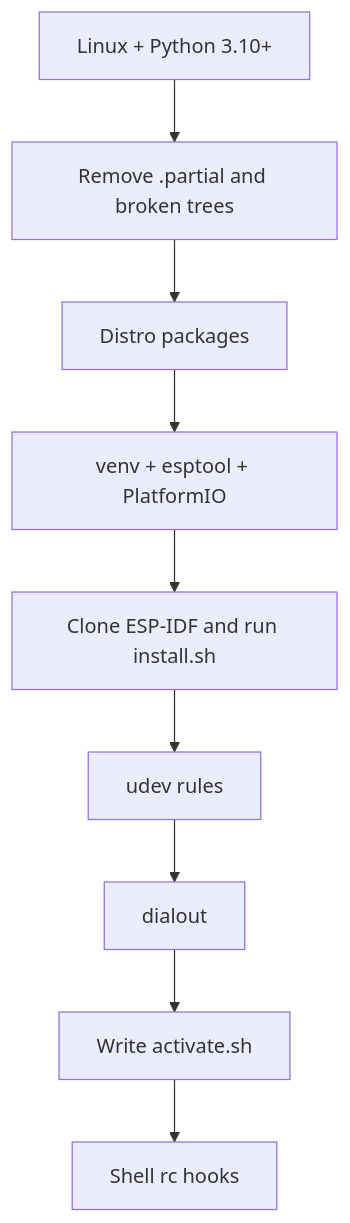
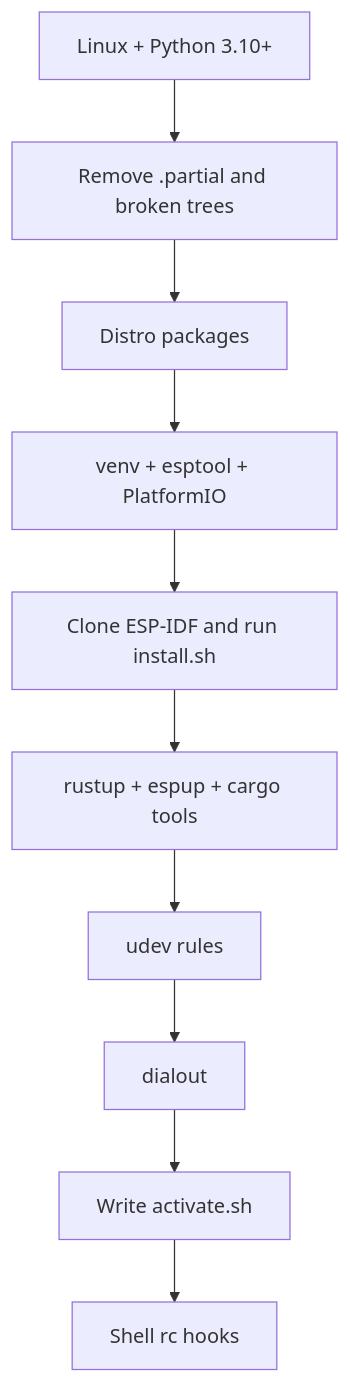
One commit to brianlechthaler/esp_dev changed the second of 2 diagrams in docs/architecture.md. Above: the diagram before and after it, drawn with Mermaid. The commit also changed other lines of this file and 23 other files, not shown here.

First line of the commit message:
Install rustup, espup, and ESP cargo tools into the shared prefix.

````diff
--- a/docs/architecture.md
+++ b/docs/architecture.md
@@ -59,11 +63,12 @@
 ```mermaid
 flowchart TD
   A["Linux + Python 3.10+"] --> B["Remove .partial and broken trees"]
   B --> C["Distro packages"]
   C --> D["venv + esptool + PlatformIO"]
   D --> E["Clone ESP-IDF and run install.sh"]
-  E --> F["udev rules"]
+  E --> R["rustup + espup + cargo tools"]
+  R --> F["udev rules"]
   F --> G["dialout"]
   G --> H["Write activate.sh"]
   H --> I["Shell rc hooks"]
 ```
````
